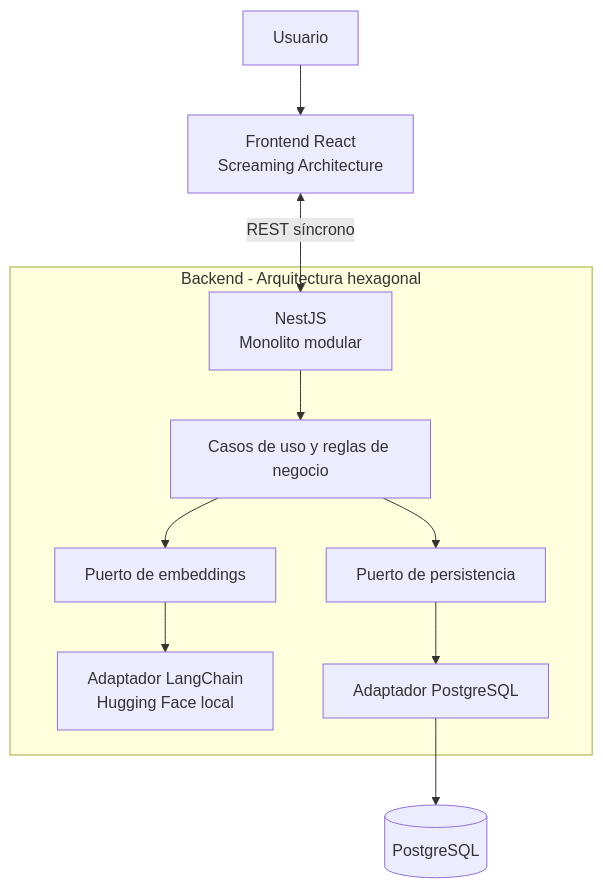
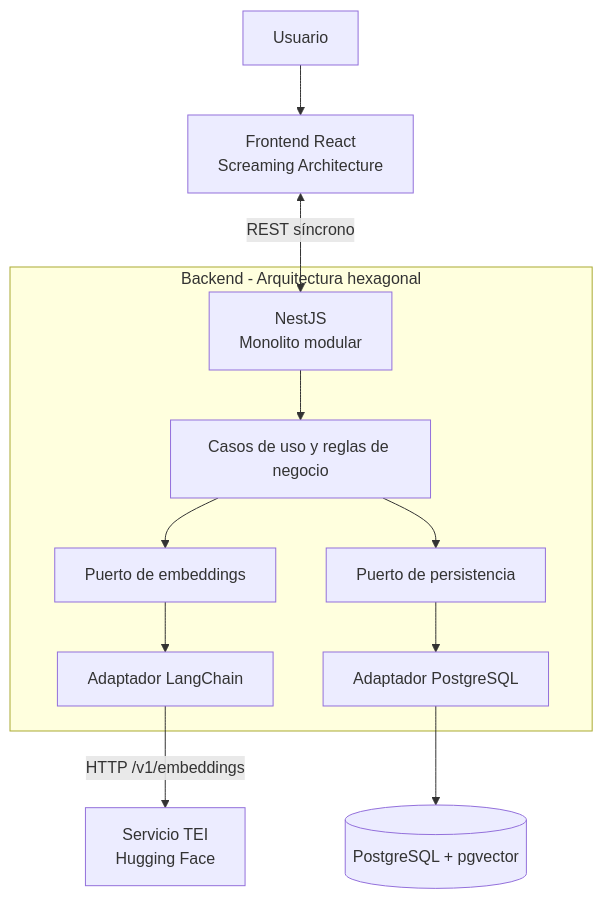
Before and after one commit to eduardoquispe/semantic-phrase-app: the diagram in docs/03-architecture/01-system-overview.md, drawn with Mermaid. The commit also changed other lines of this file and 13 other files, not shown here.

````diff
--- a/docs/03-architecture/01-system-overview.md
+++ b/docs/03-architecture/01-system-overview.md
@@ -78,13 +80,14 @@
 ```mermaid
 flowchart TB
     U[Usuario] --> FE[Frontend React\nScreaming Architecture]
     FE <-->|REST síncrono| API[NestJS\nMonolito modular]
     subgraph BE[Backend - Arquitectura hexagonal]
         API --> UC[Casos de uso y reglas de negocio]
         UC --> PI[Puerto de embeddings]
         UC --> PR[Puerto de persistencia]
-        PI --> AI[Adaptador LangChain\nHugging Face local]
+        PI --> AI[Adaptador LangChain]
         PR --> DBAD[Adaptador PostgreSQL]
     end
-    DBAD --> DB[(PostgreSQL)]
+    AI -->|HTTP /v1/embeddings| TEI[Servicio TEI\nHugging Face]
+    DBAD --> DB[(PostgreSQL + pgvector)]
 ```
````
